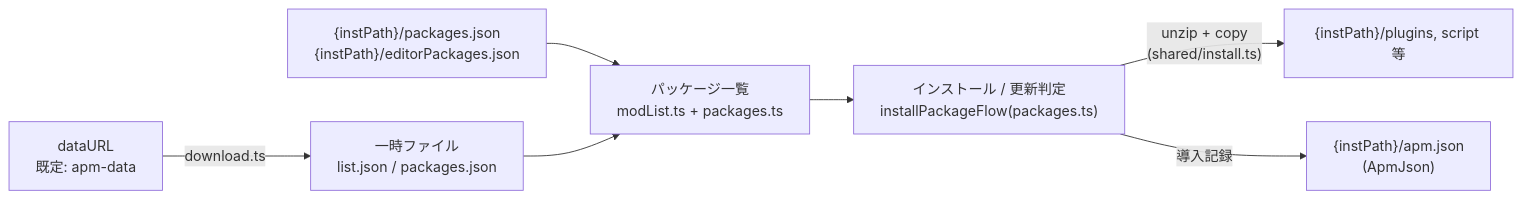
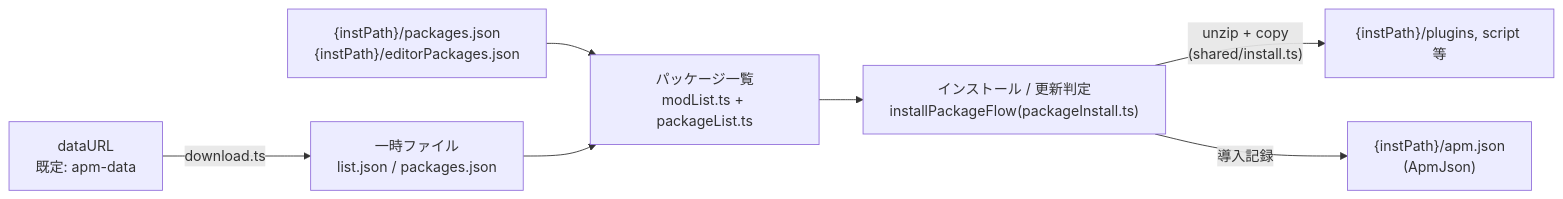
Before and after one commit to team-apm/apm: the diagram in ARCHITECTURE.md, drawn with Mermaid. The commit also changed other lines of this file and 11 other files, not shown here.

````diff
--- a/ARCHITECTURE.md
+++ b/ARCHITECTURE.md
@@ -49,9 +52,9 @@
 ```mermaid
 graph LR
   D[dataURL<br>既定: apm-data] -->|"download.ts"| T["一時ファイル<br>list.json / packages.json"]
   L["{instPath}/packages.json<br>{instPath}/editorPackages.json"] --> M
-  T --> M["パッケージ一覧<br>modList.ts + packages.ts"]
-  M --> I["インストール / 更新判定<br>installPackageFlow(packages.ts)"]
+  T --> M["パッケージ一覧<br>modList.ts + packageList.ts"]
+  M --> I["インストール / 更新判定<br>installPackageFlow(packageInstall.ts)"]
   I -->|"unzip + copy<br>(shared/install.ts)"| P["{instPath}/plugins, script 等"]
   I -->|導入記録| A["{instPath}/apm.json<br>(ApmJson)"]
 ```
````
